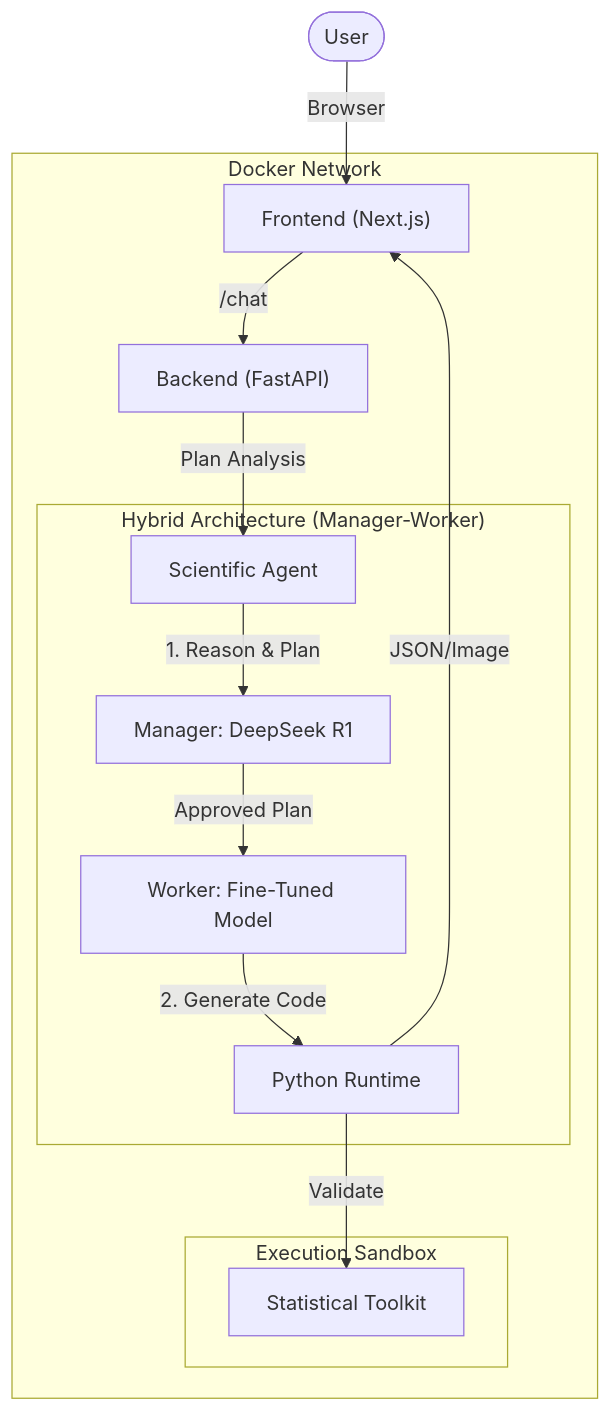
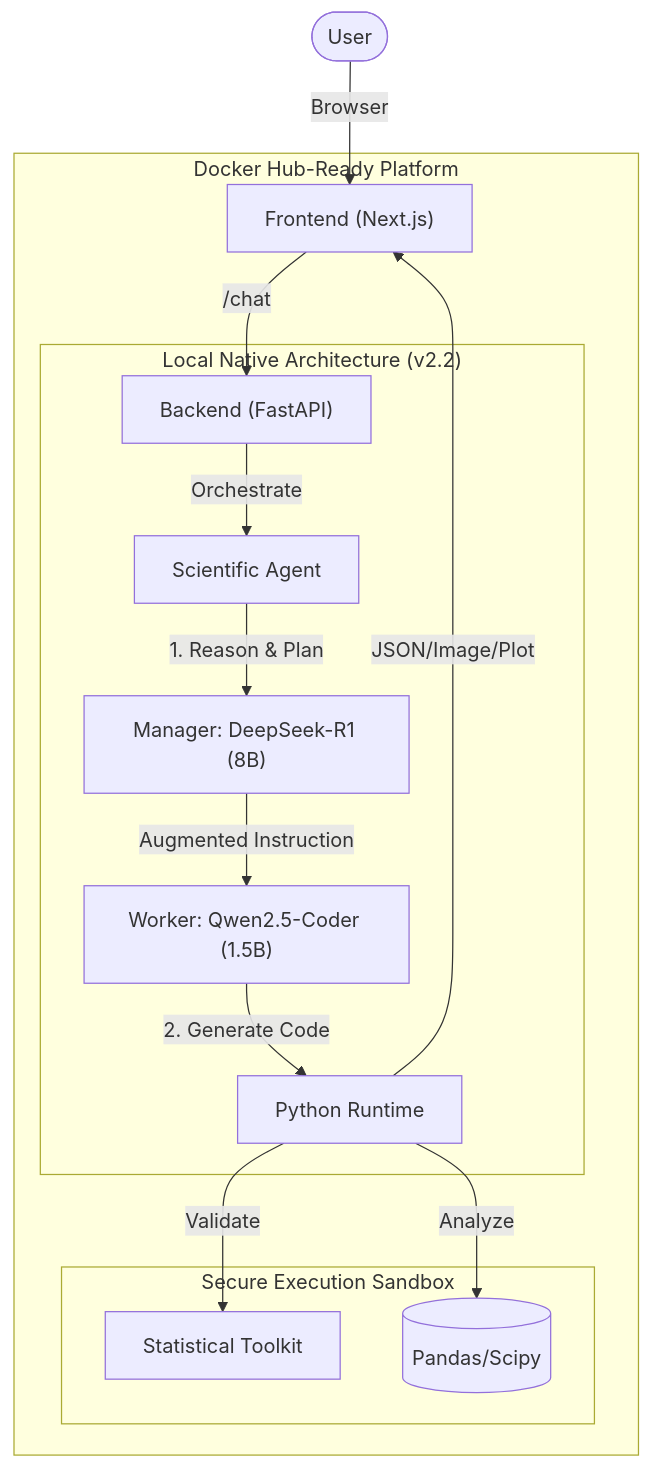
Before and after one commit to Aniket-a14/Wizard-w1: the diagram in Readme.md, drawn with Mermaid.

````diff
--- a/Readme.md
+++ b/Readme.md
@@ -91,22 +91,22 @@
 ```mermaid
 graph TD
     User([User]) -->|Browser| FE["Frontend (Next.js)"]
     
-    subgraph "Docker Network"
+    subgraph "Docker Hub-Ready Platform"
         FE -->|/chat| API["Backend (FastAPI)"]
         
-        API -->|Plan Analysis| Agent[Scientific Agent]
-        
-        subgraph "Hybrid Architecture (Manager-Worker)"
-            Agent -->|1. Reason & Plan| BigBrain["Manager: DeepSeek R1"]
-            BigBrain -->|Approved Plan| Worker["Worker: Fine-Tuned Model"]
+        subgraph "Local Native Architecture (v2.2)"
+            API -->|Orchestrate| SA[Scientific Agent]
+            SA -->|1. Reason & Plan| Manager["Manager: DeepSeek-R1 (8B)"]
+            Manager -->|Augmented Instruction| Worker["Worker: Qwen2.5-Coder (1.5B)"]
             Worker -->|2. Generate Code| Code[Python Runtime]
         end
         
-        subgraph "Execution Sandbox"
+        subgraph "Secure Execution Sandbox"
             Code -->|Validate| Stats[Statistical Toolkit]
+            Code -->|Analyze| DF[(Pandas/Scipy)]
         end
     end
     
-    Code -->|JSON/Image| FE
+    Code -->|JSON/Image/Plot| FE
 ```
````
